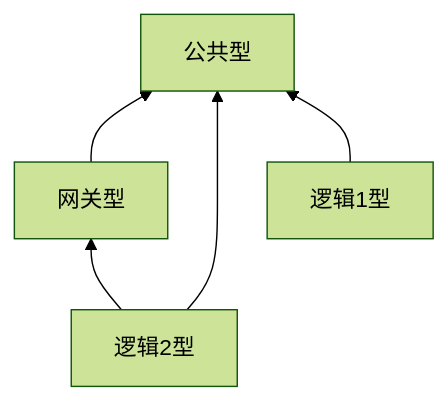
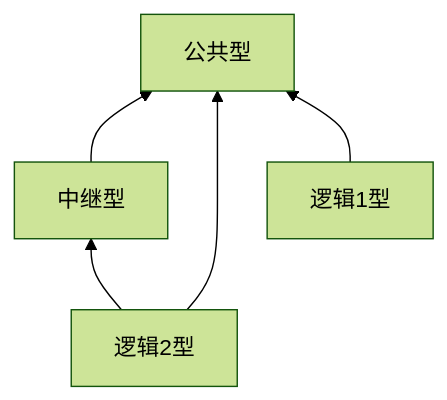
The diagram in doc/assets/topology.md (fananchong/go-xserver), drawn with Mermaid (forest theme) before and after one commit. The commit also changed 4 other files, not shown here.

````diff
--- a/doc/assets/topology.md
+++ b/doc/assets/topology.md
@@ -1,7 +1,7 @@
 ```mermaid
 graph BT
-网关型-->公共型
+中继型-->公共型
 逻辑2型-->公共型
-逻辑2型-->网关型
+逻辑2型-->中继型
 逻辑1型-->公共型
 ```
````
